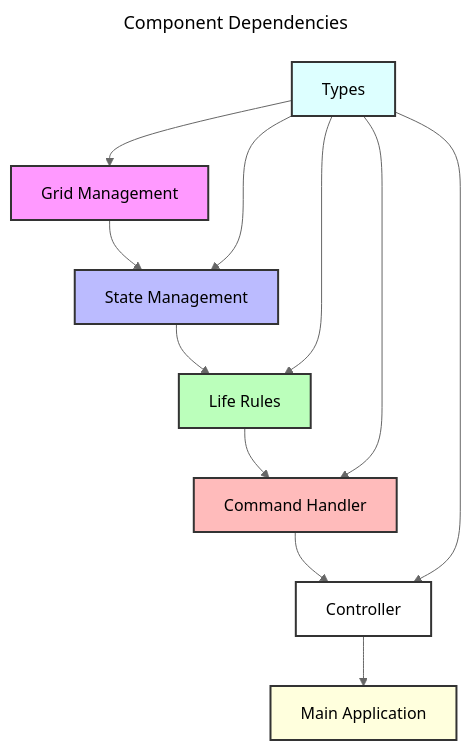
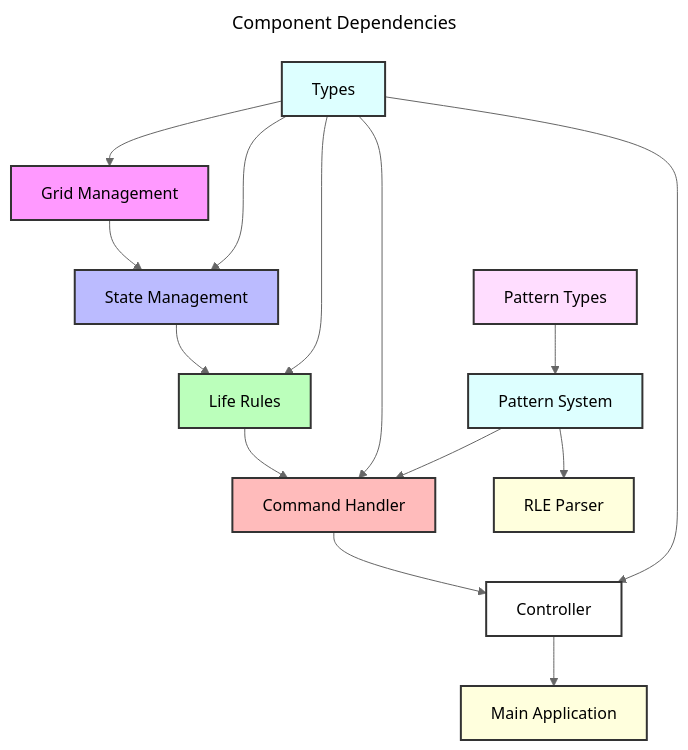
Before and after one commit to dewe/py-gol: the diagram in specs/implementation_plan.md, drawn with Mermaid (neutral theme). The commit also changed other lines of this file and 4 other files, not shown here.

````diff
--- a/specs/implementation_plan.md
+++ b/specs/implementation_plan.md
@@ -15,24 +15,30 @@
 ```mermaid
 ---
 title: Component Dependencies
 ---
 graph TD
     A[Grid Management] --> B[State Management]
     B --> C[Life Rules]
     C --> D[Command Handler]
     D --> E[Controller]
     E --> F[Main Application]
     G[Types] --> A
     G --> B
     G --> C
     G --> D
     G --> E
+    H[Pattern Types] --> I[Pattern System]
+    I --> J[RLE Parser]
+    I --> D
     
     style A fill:#f9f,stroke:#333,stroke-width:2px
     style B fill:#bbf,stroke:#333,stroke-width:2px
     style C fill:#bfb,stroke:#333,stroke-width:2px
     style D fill:#fbb,stroke:#333,stroke-width:2px
     style E fill:#fff,stroke:#333,stroke-width:2px
     style F fill:#ffd,stroke:#333,stroke-width:2px
     style G fill:#dff,stroke:#333,stroke-width:2px
+    style H fill:#fdf,stroke:#333,stroke-width:2px
+    style I fill:#dff,stroke:#333,stroke-width:2px
+    style J fill:#ffd,stroke:#333,stroke-width:2px
 ```
````
